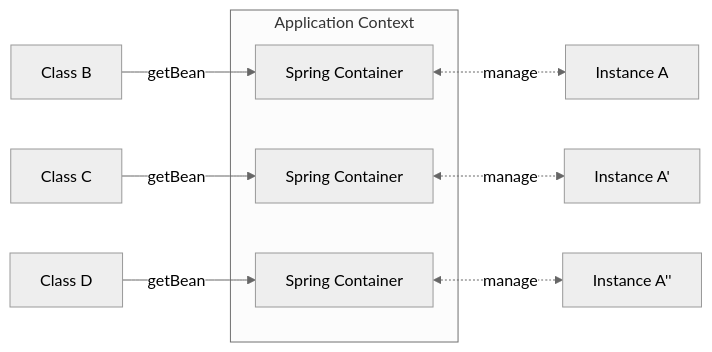
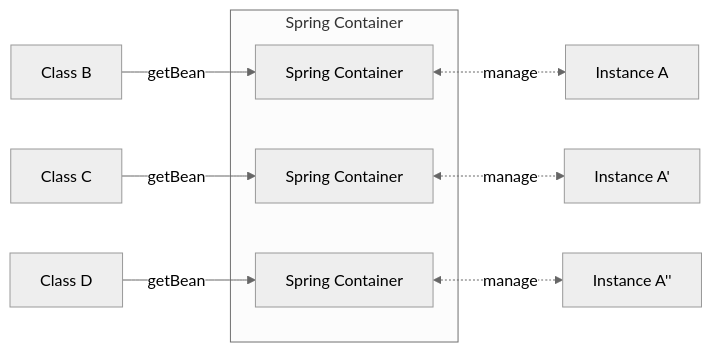
One commit to csupreme19/csupreme19.github.io changed the fifth of 7 diagrams in _posts/2021-12-03-spring-framework.md. Above: the diagram before and after it, drawn with Mermaid (neutral theme). The commit also changed other lines of this file and 30 other files, not shown here.

```diff
--- a/_posts/2021-12-03-spring-framework.md
+++ b/_posts/2021-12-03-spring-framework.md
@@ -395,20 +397,20 @@
 <div class="mermaid">
   flowchart LR
     A[Class B]
     B[Class C]
     C[Class D]
-    subgraph Application Context
+    subgraph Spring Container
     D[Spring Container]
     I[Spring Container]
     J[Spring Container]
     end
     F[Instance A]
     G[Instance A']
     H[Instance A'']
     A--getBean-->D
     B--getBean-->I
     C--getBean-->J
     D<-.manage.->F
     I<-.manage.->G
     J<-.manage.->H
 </div>
```
